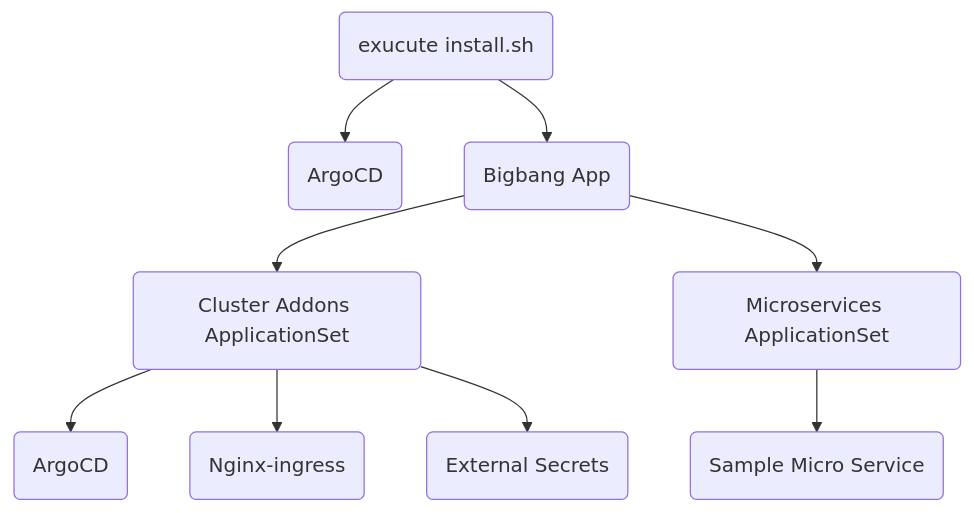
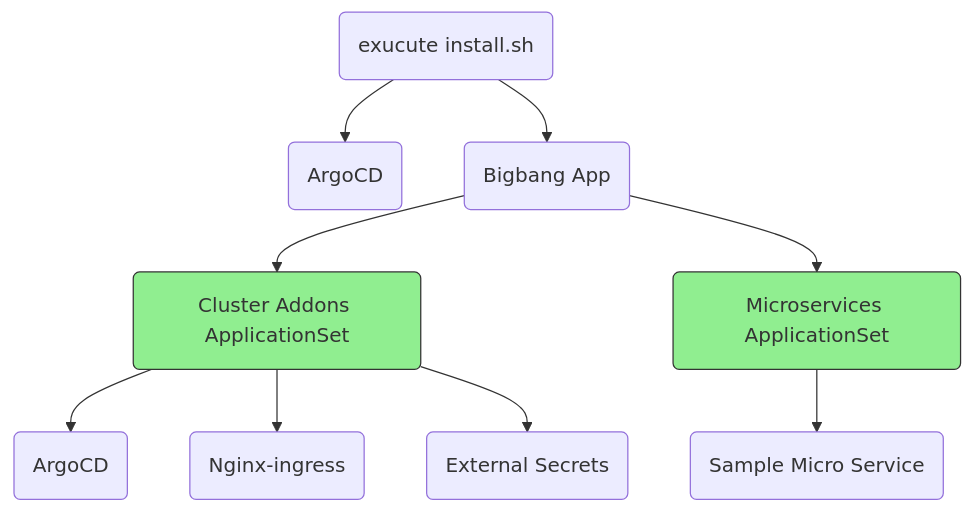
Before and after one commit to argo-universe/argo-bigbang: the first of 2 diagrams in README.md, drawn with Mermaid. The commit also changed other lines of this file, not shown here.

Commit message:
mermaid replacement

````diff
--- a/README.md
+++ b/README.md
@@ -17,11 +17,14 @@
 ```mermaid
 graph TD
+    style CA fill:lightgreen,stroke:#333,stroke-width:1px
+    style MS fill:lightgreen,stroke:#333,stroke-width:1px
+
     A(exucute install.sh) --> B(ArgoCD)
     A--> BB(Bigbang App)
     BB --> CA(Cluster Addons ApplicationSet)
     BB --> MS(Microservices ApplicationSet)
     CA--> AC(ArgoCD)
     CA--> ING(Nginx-ingress)
     CA--> ES(External Secrets)
     MS--> SA(Sample Micro Service)
 ```
````
